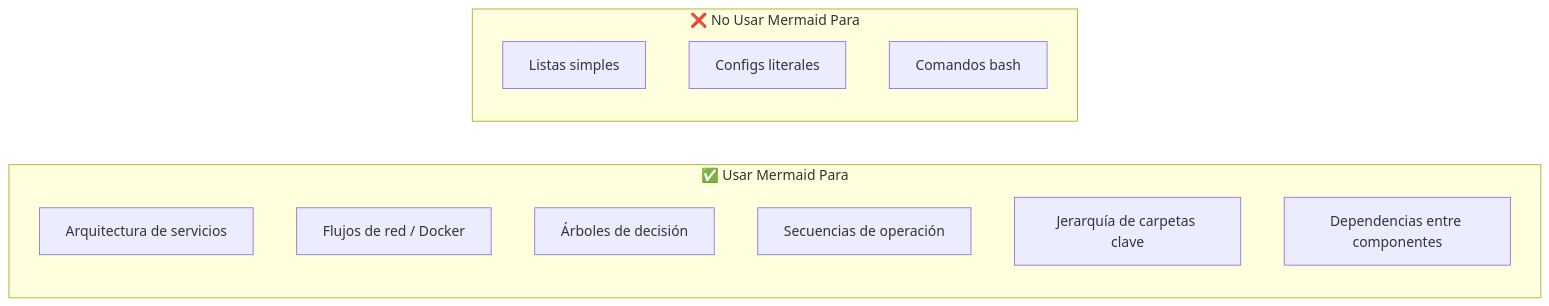
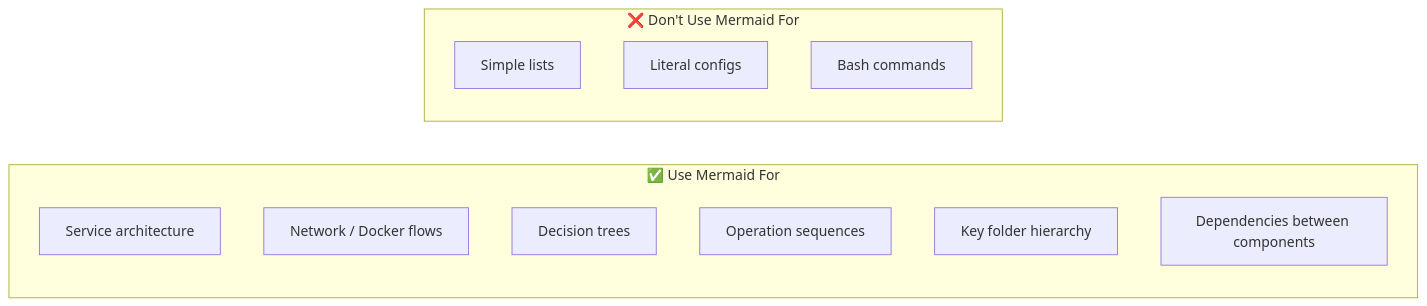
Before and after one commit to elisaul77/Orquestacion_Agentes_claude: the sixth of 8 diagrams in skills/arquitec-dev-ia/SKILL.md, drawn with Mermaid. The commit also changed other lines of this file and 14 other files, not shown here.

````diff
--- a/skills/arquitec-dev-ia/SKILL.md
+++ b/skills/arquitec-dev-ia/SKILL.md
@@ -221,17 +220,17 @@
 ```mermaid
 flowchart LR
-    subgraph USAR_MERMAID["✅ Usar Mermaid Para"]
-        A["Arquitectura de servicios"]
-        B["Flujos de red / Docker"]
-        C["Árboles de decisión"]
-        D["Secuencias de operación"]
-        E["Jerarquía de carpetas clave"]
-        F["Dependencias entre componentes"]
+    subgraph USE_MERMAID["✅ Use Mermaid For"]
+        A["Service architecture"]
+        B["Network / Docker flows"]
+        C["Decision trees"]
+        D["Operation sequences"]
+        E["Key folder hierarchy"]
+        F["Dependencies between components"]
     end
 
-    subgraph NO_MERMAID["❌ No Usar Mermaid Para"]
-        G["Listas simples"]
-        H["Configs literales"]
-        I["Comandos bash"]
+    subgraph NO_MERMAID["❌ Don't Use Mermaid For"]
+        G["Simple lists"]
+        H["Literal configs"]
+        I["Bash commands"]
     end
 ```
````
